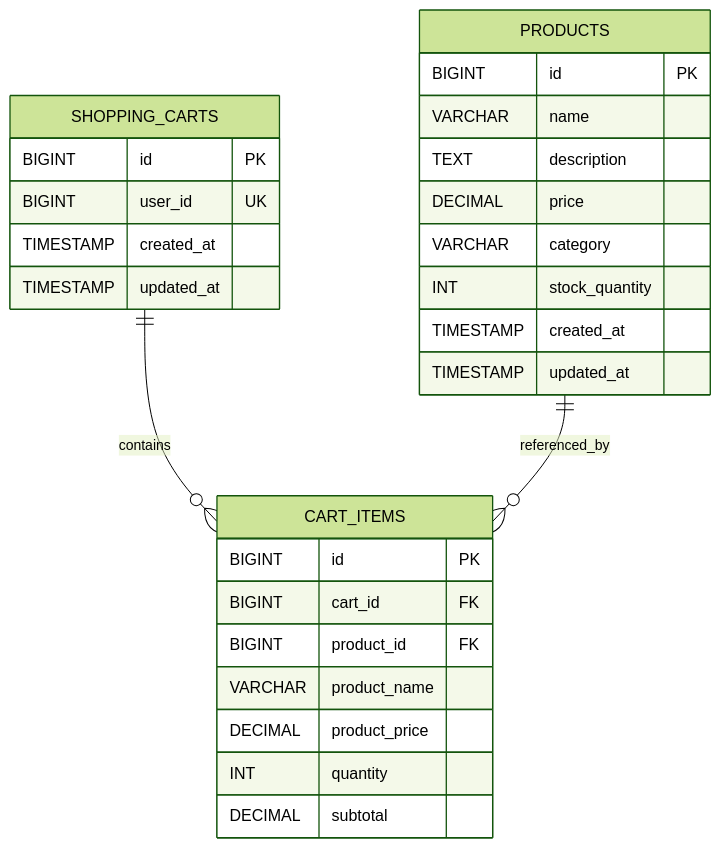
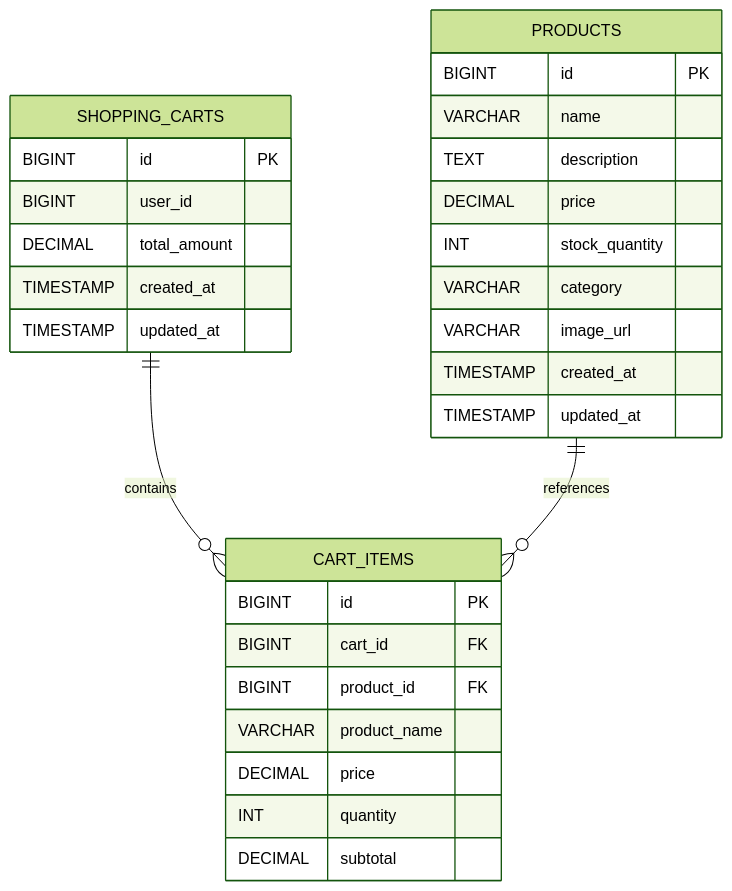
One commit to NavneetBN47/aava-ecom-demo changed the second of 13 diagrams in docs/LLD/modified_lld.md. Above: the diagram before and after it, drawn with Mermaid (forest theme). The commit also changed other lines of this file, not shown here.

````diff
--- a/docs/LLD/modified_lld.md
+++ b/docs/LLD/modified_lld.md
@@ -150,33 +177,35 @@
 ```mermaid
 erDiagram
     PRODUCTS {
         BIGINT id PK
         VARCHAR name
         TEXT description
         DECIMAL price
+        INT stock_quantity
         VARCHAR category
-        INT stock_quantity
+        VARCHAR image_url
         TIMESTAMP created_at
         TIMESTAMP updated_at
     }
 
     SHOPPING_CARTS {
         BIGINT id PK
-        BIGINT user_id UK
+        BIGINT user_id
+        DECIMAL total_amount
         TIMESTAMP created_at
         TIMESTAMP updated_at
     }
 
     CART_ITEMS {
         BIGINT id PK
         BIGINT cart_id FK
         BIGINT product_id FK
         VARCHAR product_name
-        DECIMAL product_price
+        DECIMAL price
         INT quantity
         DECIMAL subtotal
     }
 
     SHOPPING_CARTS ||--o{ CART_ITEMS : contains
-    PRODUCTS ||--o{ CART_ITEMS : referenced_by
+    PRODUCTS ||--o{ CART_ITEMS : references
 ```
````
